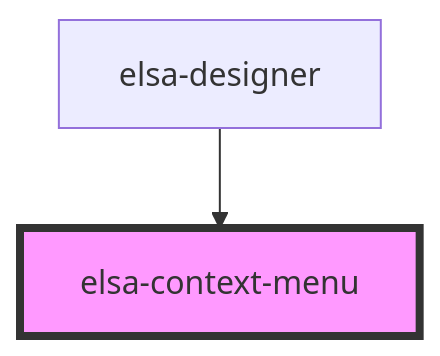
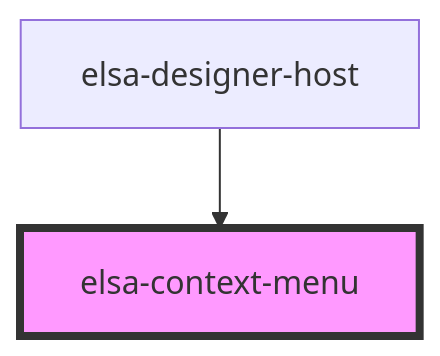
One commit to elsa-workflows/elsa-designer changed the diagram in v2/src/components/context-menu/readme.md. Above: the diagram before and after it, drawn with Mermaid. The commit also changed other lines of this file and 15 other files, not shown here.

````diff
--- a/v2/src/components/context-menu/readme.md
+++ b/v2/src/components/context-menu/readme.md
@@ -45,5 +45,5 @@
 ```mermaid
 graph TD;
-  elsa-designer --> elsa-context-menu
+  elsa-designer-host --> elsa-context-menu
   style elsa-context-menu fill:#f9f,stroke:#333,stroke-width:4px
 ```
````
